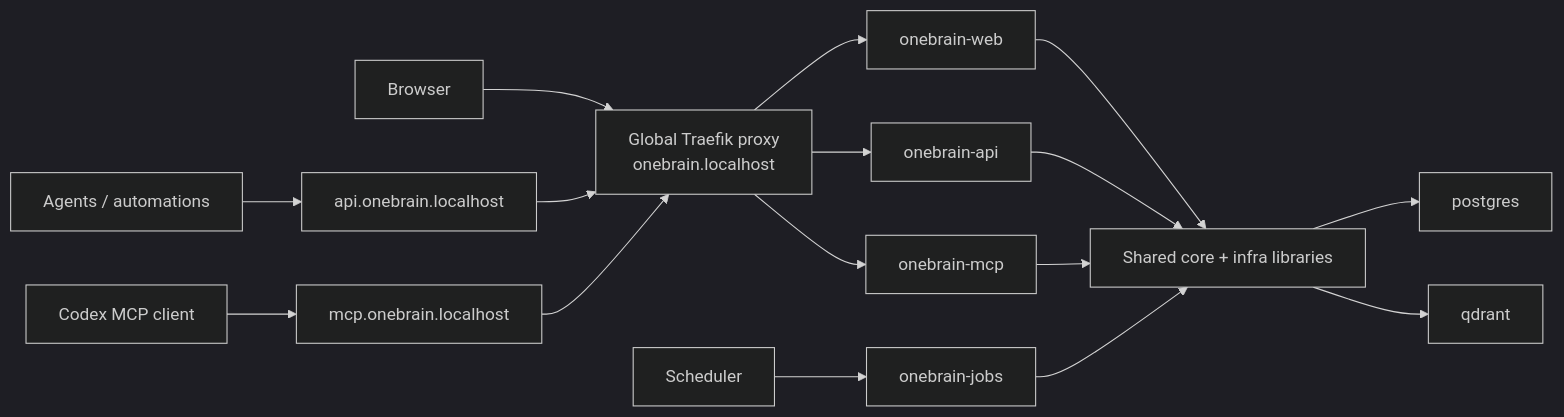
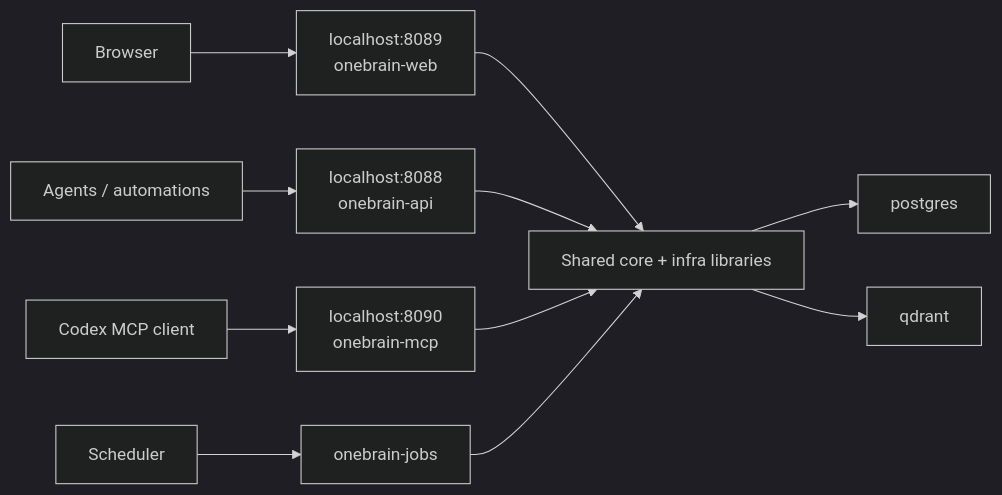
One commit to viamus/one-brain changed the third of 3 diagrams in README.md. Above: the diagram before and after it, drawn with Mermaid (dark theme). The commit also changed other lines of this file and 5 other files, not shown here.

````diff
--- a/README.md
+++ b/README.md
@@ -85,18 +85,13 @@
 ```mermaid
 flowchart LR
-    Browser["Browser"] --> Proxy["Global Traefik proxy<br/>onebrain.localhost"]
-    Agents["Agents / automations"] --> ApiHost["api.onebrain.localhost"]
-    Codex["Codex MCP client"] --> McpHost["mcp.onebrain.localhost"]
-    ApiHost --> Proxy
-    McpHost --> Proxy
-    Proxy --> WebPort["onebrain-web"]
-    Proxy --> ApiPort["onebrain-api"]
-    Proxy --> McpPort["onebrain-mcp"]
+    Browser["Browser"] --> WebPort["localhost:8089<br/>onebrain-web"]
+    Agents["Agents / automations"] --> ApiPort["localhost:8088<br/>onebrain-api"]
+    Codex["Codex MCP client"] --> McpPort["localhost:8090<br/>onebrain-mcp"]
     Worker["Scheduler"] --> JobsSvc["onebrain-jobs"]
     WebPort --> Shared["Shared core + infra libraries"]
     ApiPort --> Shared
     McpPort --> Shared
     JobsSvc --> Shared
     Shared --> Postgres["postgres"]
     Shared --> Qdrant["qdrant"]
 ```
````
